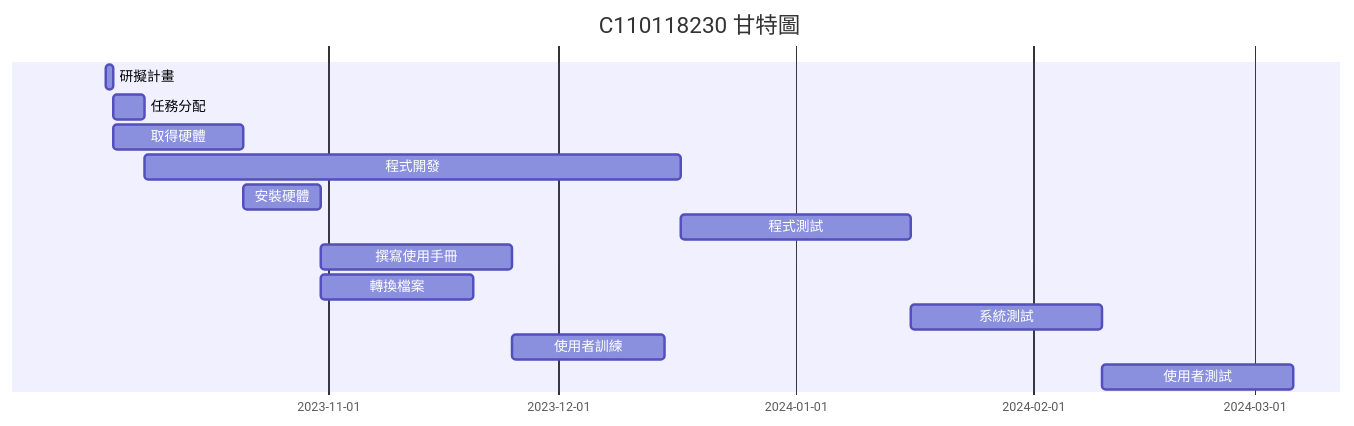
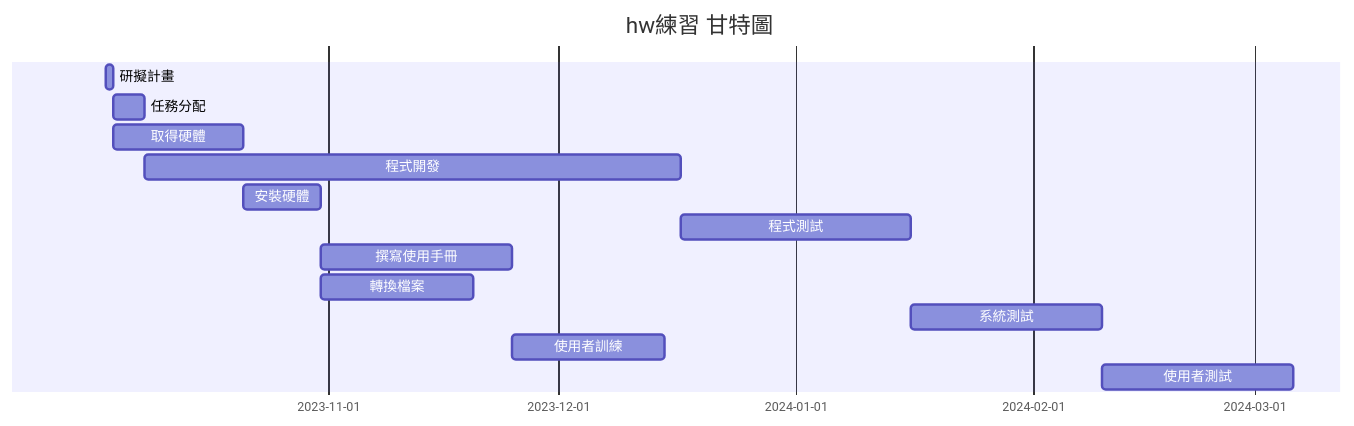
One commit to goonasass/23b changed the diagram in hw2d.md. Above: the diagram before and after it, drawn with Mermaid. The commit also changed other lines of this file, not shown here.

````diff
--- a/hw2d.md
+++ b/hw2d.md
@@ -5,16 +4,16 @@
 ```mermaid
 gantt
-    title C110118230 甘特圖
+    title hw練習 甘特圖
 
     研擬計畫     : a1 , 2023-10-03 , 1d
     任務分配     : a2 , after a1 , 4d
     取得硬體     : a3 , after a1 , 17d
     程式開發     : a4 , after a2 , 70d
     安裝硬體     : a5 , after a3 , 10d
     程式測試     : a6 , after a4 , 30d
     撰寫使用手冊  : a7 , after a5 , 25d
     轉換檔案     : a8 , after a5 , 20d
     系統測試     : a9 , after a6 , 25d
     使用者訓練   : a10 , after a7 a8 ,20d
     使用者測試   : a11 , after a9 a10 ,25d
 ```
````
